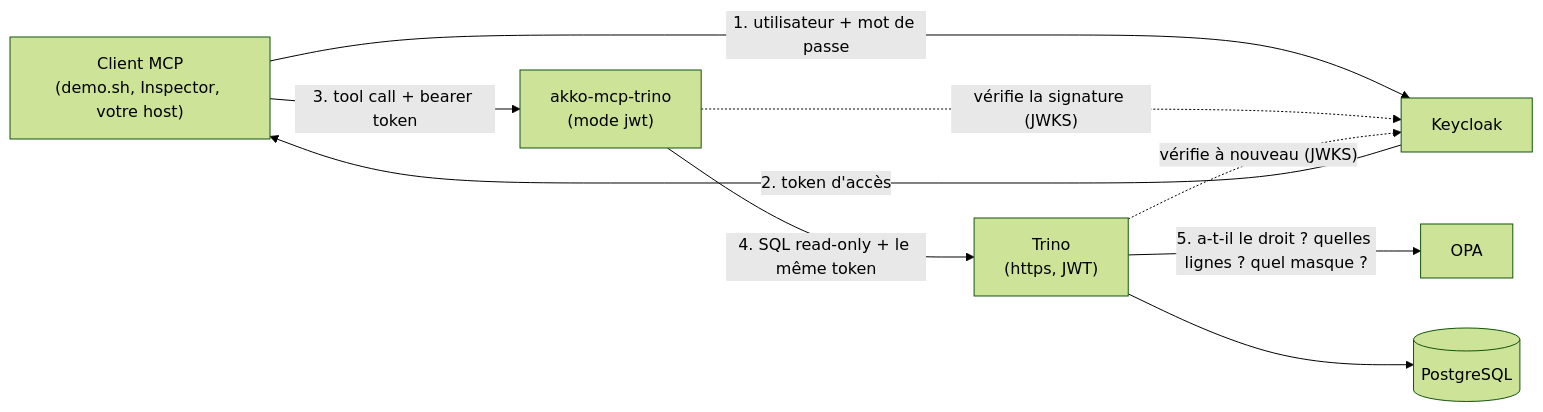
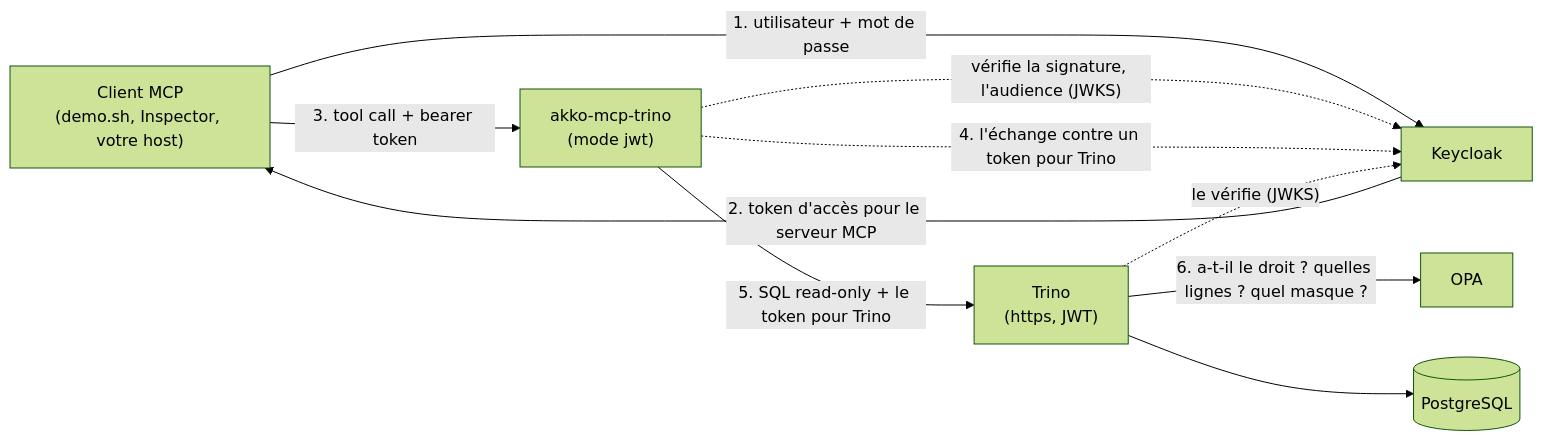
Before and after one commit to AKKO-p/akko-sandbox: the diagram in README.fr.md, drawn with Mermaid (forest theme). The commit also changed other lines of this file and 8 other files, not shown here.

First line of the commit message:
akko-mcp-trino 0.6.0: token exchange at Keycloak, no token passthrough

````diff
--- a/README.fr.md
+++ b/README.fr.md
@@ -80,18 +84,19 @@
 ```mermaid
 flowchart LR
     Client["Client MCP<br/>(demo.sh, Inspector, votre host)"]
     KC["Keycloak"]
     MCP["akko-mcp-trino<br/>(mode jwt)"]
     Trino["Trino<br/>(https, JWT)"]
     OPA["OPA"]
     PG[("PostgreSQL")]
 
     Client -- "1. utilisateur + mot de passe" --> KC
-    KC -- "2. token d'accès" --> Client
+    KC -- "2. token d'accès pour le serveur MCP" --> Client
     Client -- "3. tool call + bearer token" --> MCP
-    MCP -. "vérifie la signature (JWKS)" .-> KC
-    MCP -- "4. SQL read-only + le même token" --> Trino
-    Trino -. "vérifie à nouveau (JWKS)" .-> KC
-    Trino -- "5. a-t-il le droit ? quelles lignes ? quel masque ?" --> OPA
+    MCP -. "vérifie la signature, l'audience (JWKS)" .-> KC
+    MCP -. "4. l'échange contre un token pour Trino" .-> KC
+    MCP -- "5. SQL read-only + le token pour Trino" --> Trino
+    Trino -. "le vérifie (JWKS)" .-> KC
+    Trino -- "6. a-t-il le droit ? quelles lignes ? quel masque ?" --> OPA
     Trino --> PG
 ```
````
